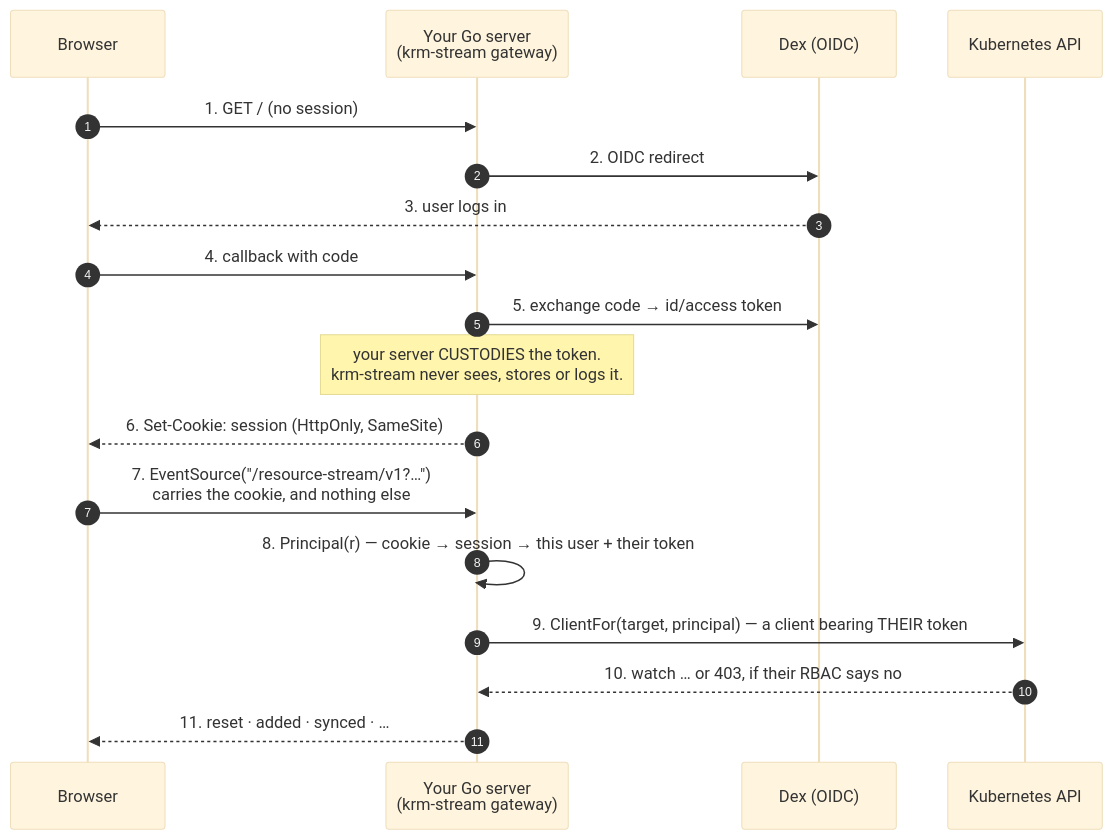
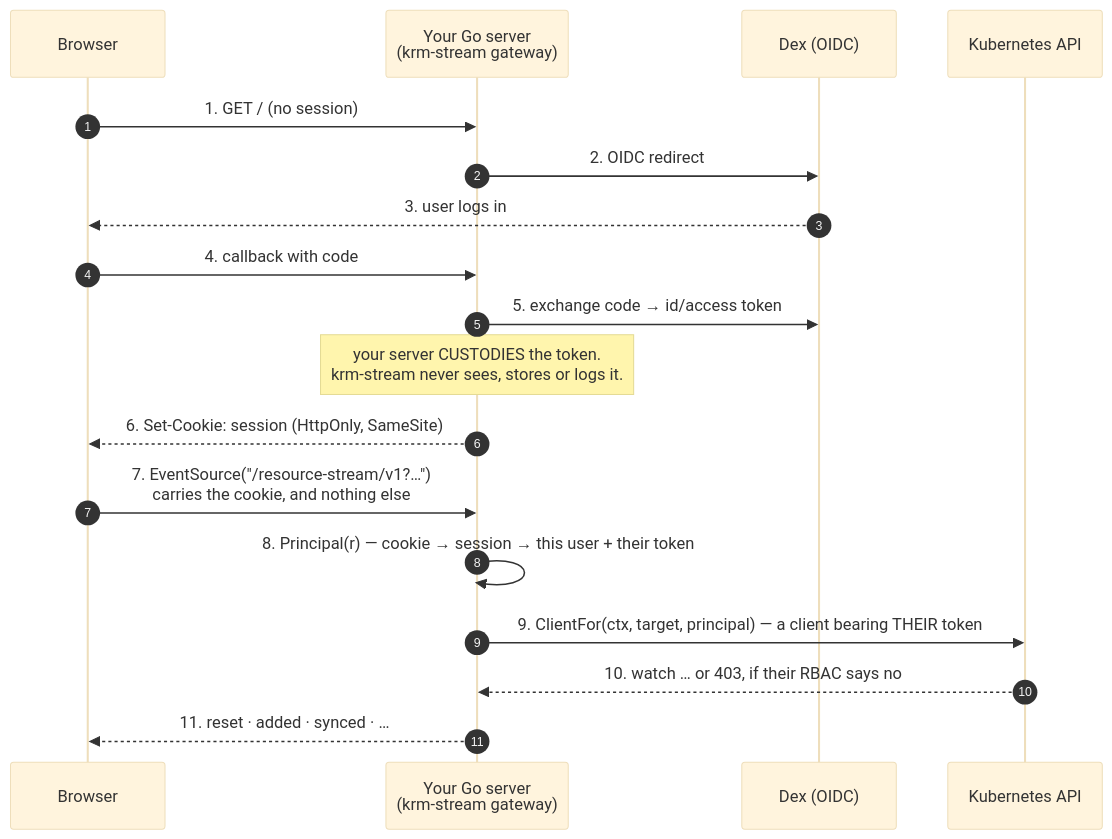
Before and after one commit to ConfigButler/krm-stream: the diagram in docs/auth.md, drawn with Mermaid (base theme). The commit also changed other lines of this file and 25 other files, not shown here.

````diff
--- a/docs/auth.md
+++ b/docs/auth.md
@@ -22,22 +22,22 @@
 ```mermaid
 sequenceDiagram
     autonumber
     participant B as Browser
     participant S as Your Go server<br/>(krm-stream gateway)
     participant D as Dex (OIDC)
     participant K as Kubernetes API
 
     B->>S: 1. GET /  (no session)
     S->>D: 2. OIDC redirect
     D-->>B: 3. user logs in
     B->>S: 4. callback with code
     S->>D: 5. exchange code → id/access token
     Note over S: your server CUSTODIES the token.<br/>krm-stream never sees, stores or logs it.
     S-->>B: 6. Set-Cookie: session (HttpOnly, SameSite)
 
     B->>S: 7. EventSource("/resource-stream/v1?…")<br/>carries the cookie, and nothing else
     S->>S: 8. Principal(r) — cookie → session → this user + their token
-    S->>K: 9. ClientFor(target, principal) — a client bearing THEIR token
+    S->>K: 9. ClientFor(ctx, target, principal) — a client bearing THEIR token
     K-->>S: 10. watch … or 403, if their RBAC says no
     S-->>B: 11. reset · added · synced · …
 ```
````
